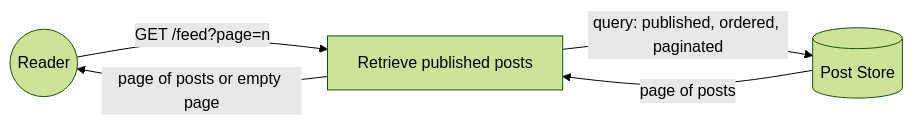
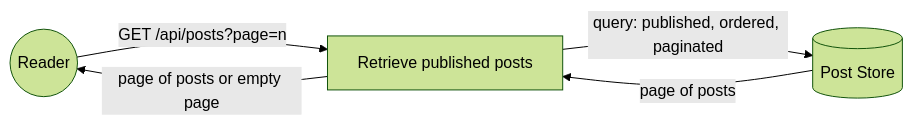
Before and after one commit to n-nu/inkwell: the fourth of 6 diagrams in docs/requirements/analysis-model.md, drawn with Mermaid (forest theme). The commit also changed other lines of this file and 4 other files, not shown here.

````diff
--- a/docs/requirements/analysis-model.md
+++ b/docs/requirements/analysis-model.md
@@ -67,7 +78,7 @@
 ```mermaid
 flowchart LR
-    Reader((Reader)) -->|GET /feed?page=n| Retrieve[Retrieve published posts]
+    Reader((Reader)) -->|GET /api/posts?page=n| Retrieve[Retrieve published posts]
     Retrieve -->|query: published, ordered, paginated| Store[(Post Store)]
     Store -->|page of posts| Retrieve
     Retrieve -->|page of posts or empty page| Reader
 ```
````
